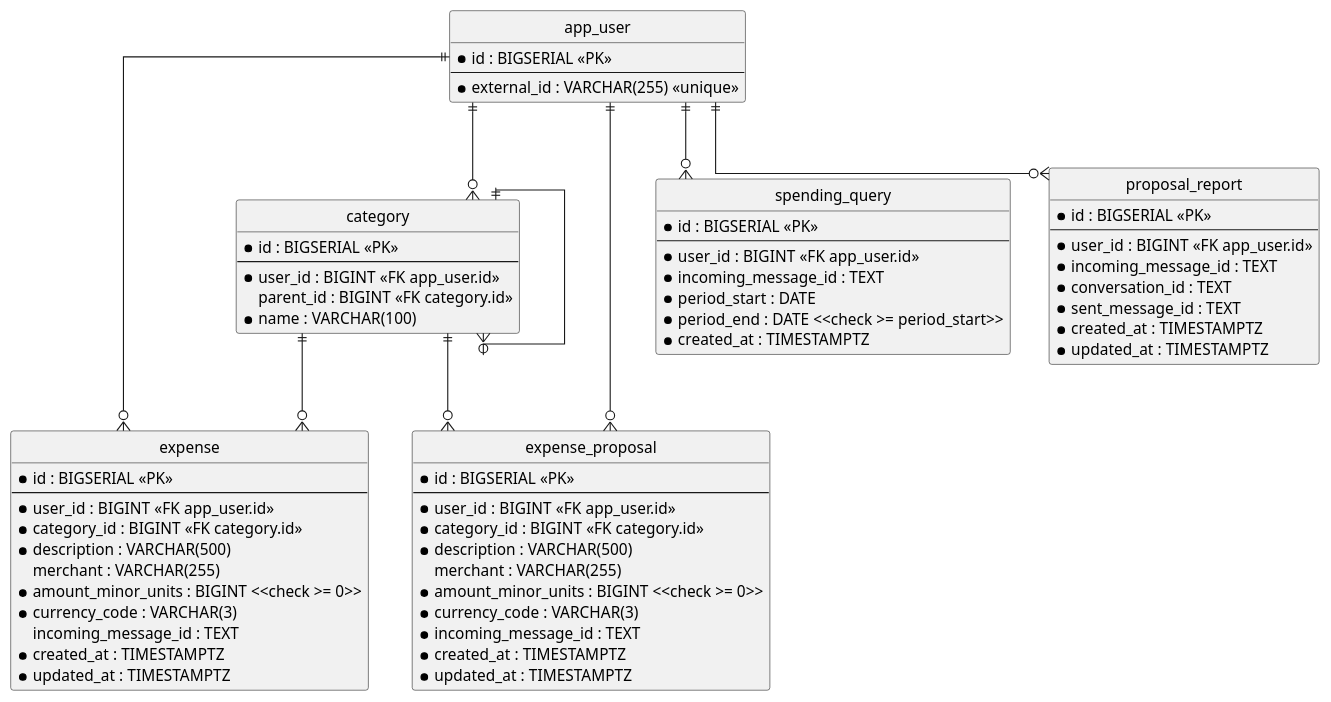
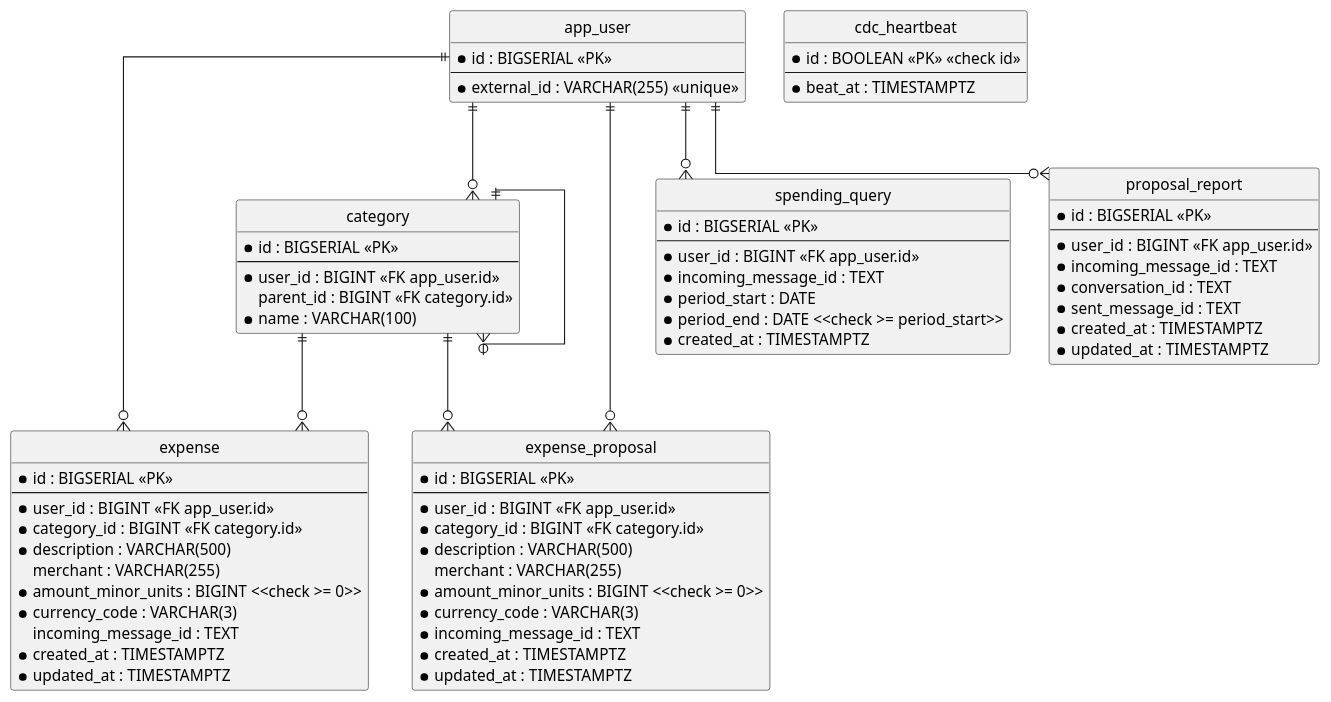
The diagram in ledger-service/docs/contracts/out/database.md (ds-usova/finance-bot), drawn with PlantUML before and after one commit. The commit also changed other lines of this file and 13 other files, not shown here.

```diff
--- a/ledger-service/docs/contracts/out/database.md
+++ b/ledger-service/docs/contracts/out/database.md
@@ -82,6 +79,12 @@
   * updated_at : TIMESTAMPTZ
 }
 
+entity "cdc_heartbeat" as cdc_heartbeat {
+  * id : BOOLEAN <<PK>> <<check id>>
+  --
+  * beat_at : TIMESTAMPTZ
+}
+
 app_user ||--o{ category
 category ||--o{ category
 app_user ||--o{ expense
```
